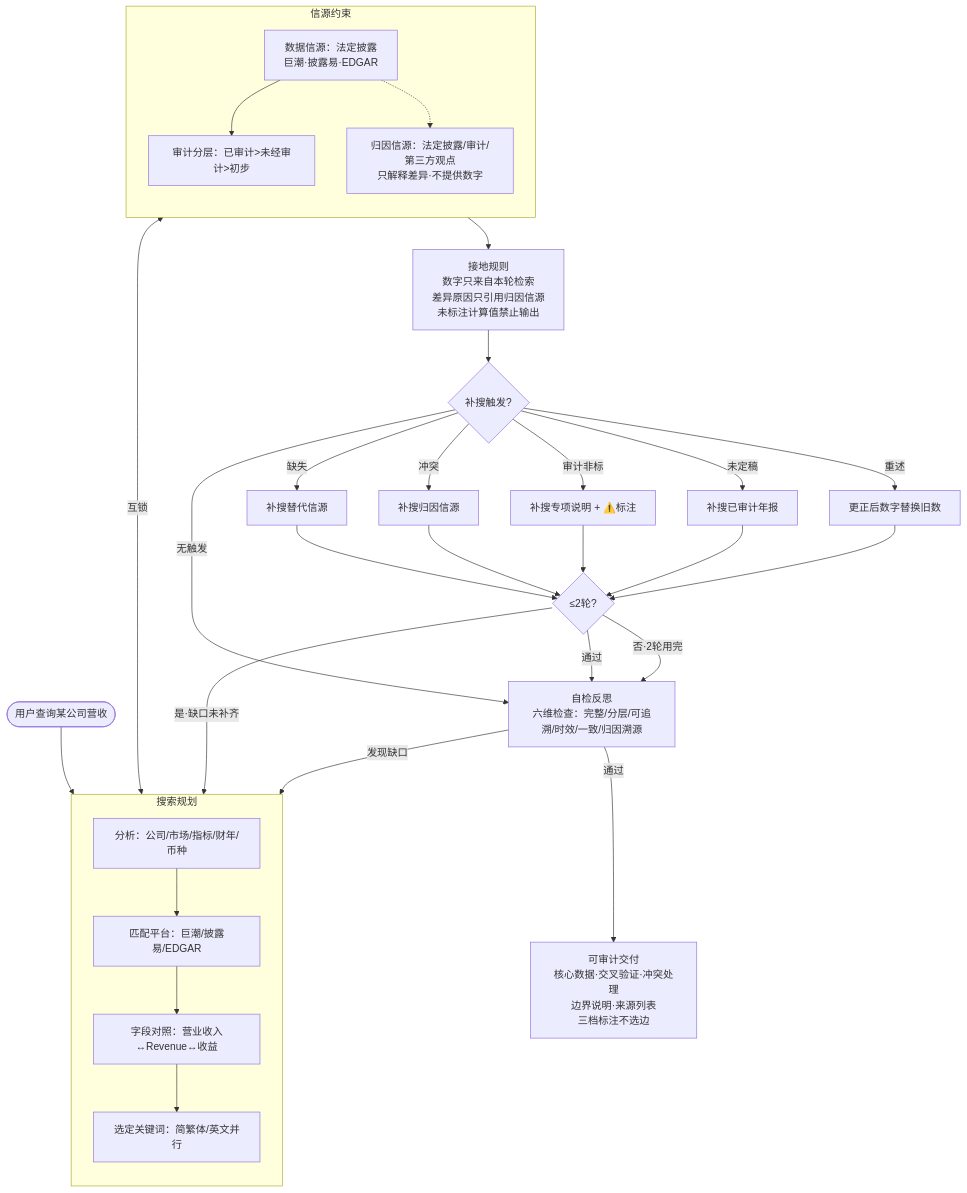
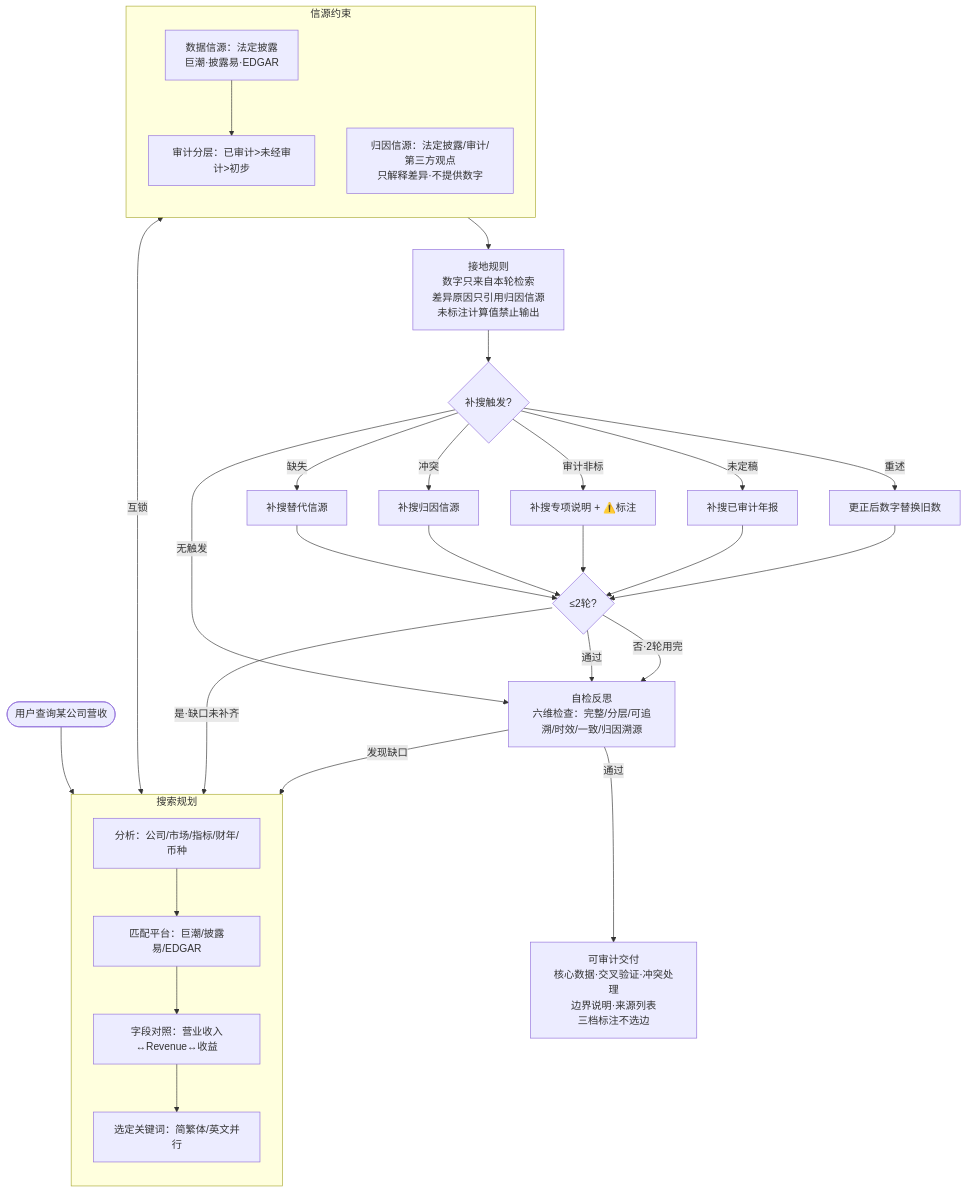
The second of 2 diagrams in README.md (paperpoon-lang/trusted-retrieval-skills), drawn with Mermaid before and after one commit. The commit also changed other lines of this file and 1 other file, not shown here.

````diff
--- a/README.md
+++ b/README.md
@@ -74,49 +74,48 @@
 ```mermaid
 flowchart TD
     Q([用户查询某公司营收]) --> S1
 
     subgraph S1["搜索规划"]
         direction TB
         A1[分析：公司/市场/指标/财年/币种]
         A2[匹配平台：巨潮/披露易/EDGAR]
         A3[字段对照：营业收入↔Revenue↔收益]
         A4[选定关键词：简繁体/英文并行]
         A1 --> A2 --> A3 --> A4
     end
 
     subgraph S2["信源约束"]
         direction TB
         B1[数据信源：法定披露<br/>巨潮·披露易·EDGAR]
         B2[审计分层：已审计>未经审计>初步]
         B3[归因信源：法定披露/审计/第三方观点<br/>只解释差异·不提供数字]
         B1 --> B2
-        B1 -.-> B3
     end
 
     S1 <-->|互锁| S2
 
     S2 --> C[接地规则<br/>数字只来自本轮检索<br/>差异原因只引用归因信源<br/>未标注计算值禁止输出]
 
     C --> D{补搜触发?}
 
     D -->|重述| D1[更正后数字替换旧数]
     D -->|未定稿| D2[补搜已审计年报]
     D -->|审计非标| D3[补搜专项说明 + ⚠️标注]
     D -->|冲突| D4[补搜归因信源]
     D -->|缺失| D5[补搜替代信源]
     D -->|无触发| E
 
     D1 --> D_check{≤2轮?}
     D2 --> D_check
     D3 --> D_check
     D4 --> D_check
     D5 --> D_check
 
     D_check -->|是·缺口未补齐| S1
     D_check -->|否·2轮用完| E
     D_check -->|通过| E
 
     E[自检反思<br/>六维检查：完整/分层/可追溯/时效/一致/归因溯源]
     E -->|发现缺口| S1
     E -->|通过| F[可审计交付<br/>核心数据·交叉验证·冲突处理<br/>边界说明·来源列表<br/>三档标注不选边]
 ```
````
